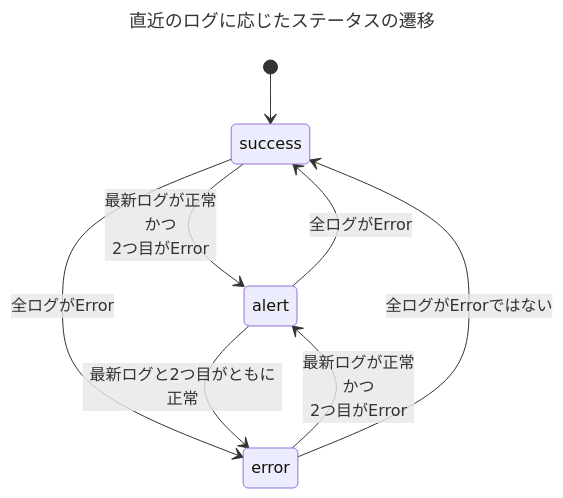
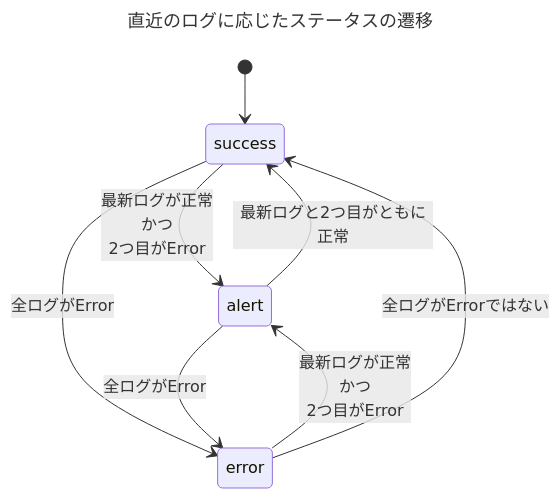
One commit to hiroki-it/tech-notebook changed the diagram in docs/software/software_application_architecture_backend_object_orientation_analysis.md. Above: the diagram before and after it, drawn with Mermaid. The commit also changed 24 other files, not shown here.

````diff
--- a/docs/software/software_application_architecture_backend_object_orientation_analysis.md
+++ b/docs/software/software_application_architecture_backend_object_orientation_analysis.md
@@ -143,16 +143,16 @@
 ```mermaid
 ---
 title: 直近のログに応じたステータスの遷移
 ---
 stateDiagram-v2
     [*] --> success
 
     success --> alert : 最新ログが正常<br>かつ<br>2つ目がError
     success --> error : 全ログがError
 
-    alert --> success : 全ログがError
-    alert --> error : 最新ログと2つ目がともに正常
+    alert --> success : 最新ログと2つ目がともに正常
+    alert --> error : 全ログがError
 
     error --> alert : 最新ログが正常<br>かつ<br>2つ目がError
     error --> success : 全ログがErrorではない
 ```
````
